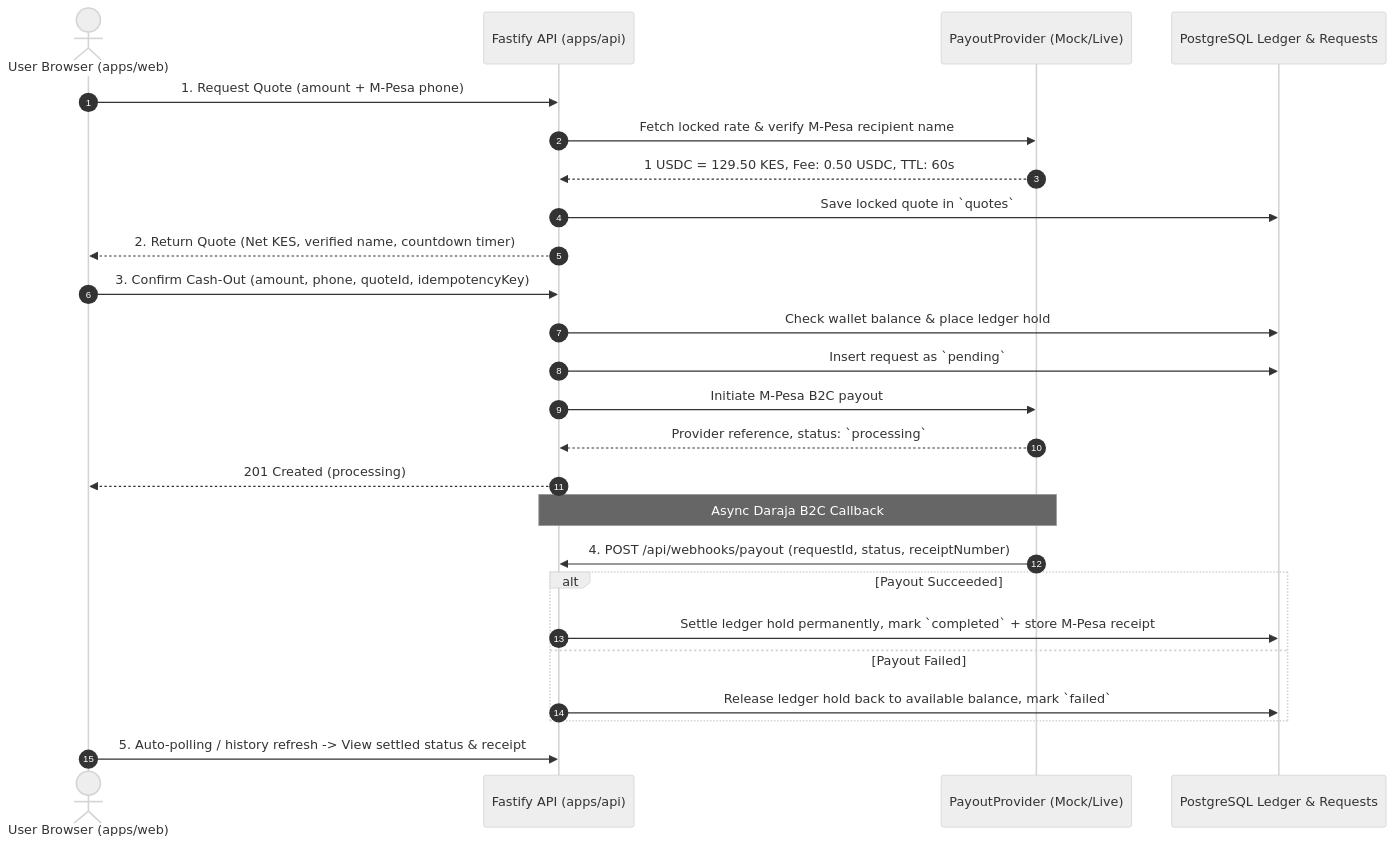
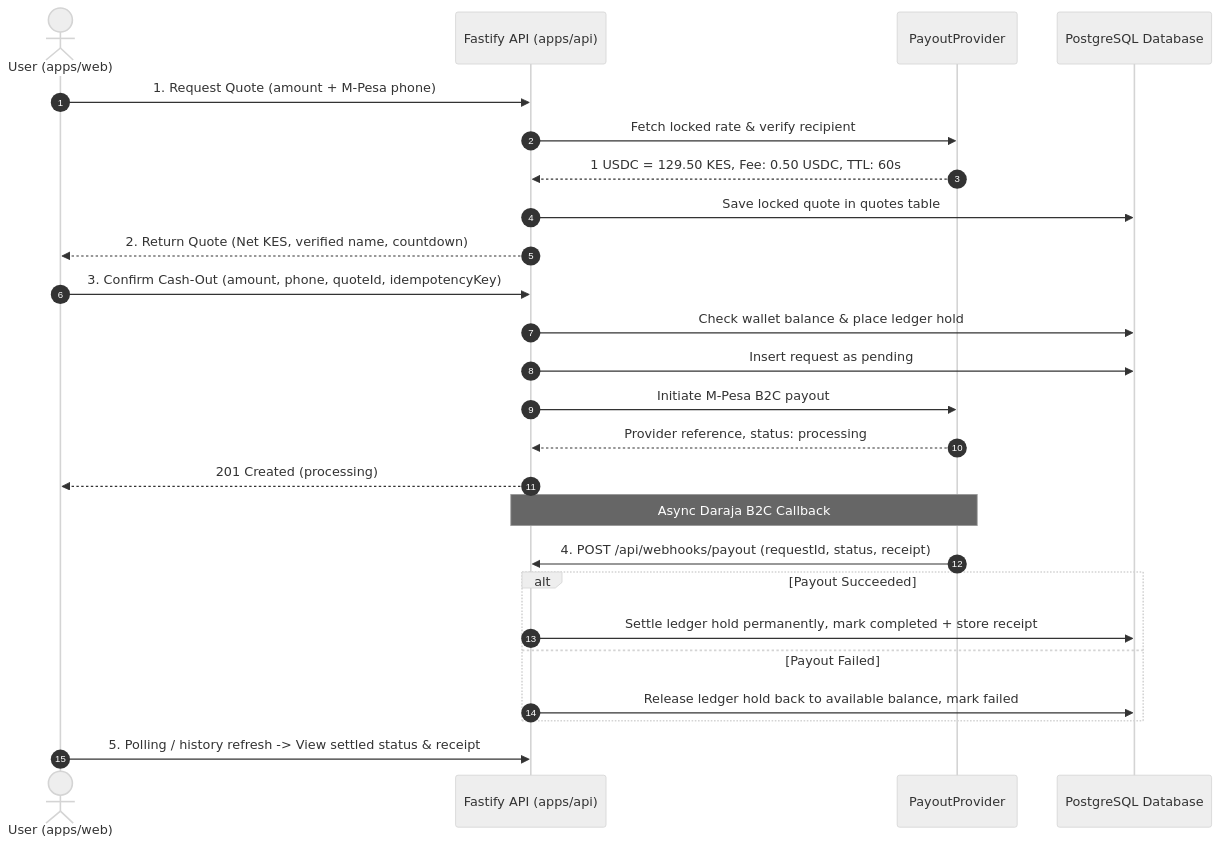
One commit to ephrathasamuel/Phudz changed the diagram in README.md. Above: the diagram before and after it, drawn with Mermaid (neutral theme).

Commit message:
docs: fix Mermaid sequence diagram syntax for GitHub renderer

````diff
--- a/README.md
+++ b/README.md
@@ -11,30 +11,30 @@
 ```mermaid
 sequenceDiagram
     autonumber
-    actor User as User Browser (apps/web)
+    actor User as User (apps/web)
     participant API as Fastify API (apps/api)
-    participant Provider as PayoutProvider (Mock/Live)
-    participant DB as PostgreSQL Ledger & Requests
+    participant Provider as PayoutProvider
+    participant DB as PostgreSQL Database
 
     User->>API: 1. Request Quote (amount + M-Pesa phone)
-    API->>Provider: Fetch locked rate & verify M-Pesa recipient name
+    API->>Provider: Fetch locked rate & verify recipient
     Provider-->>API: 1 USDC = 129.50 KES, Fee: 0.50 USDC, TTL: 60s
-    API->>DB: Save locked quote in `quotes`
-    API-->>User: 2. Return Quote (Net KES, verified name, countdown timer)
+    API->>DB: Save locked quote in quotes table
+    API-->>User: 2. Return Quote (Net KES, verified name, countdown)
 
     User->>API: 3. Confirm Cash-Out (amount, phone, quoteId, idempotencyKey)
     API->>DB: Check wallet balance & place ledger hold
-    API->>DB: Insert request as `pending`
+    API->>DB: Insert request as pending
     API->>Provider: Initiate M-Pesa B2C payout
-    Provider-->>API: Provider reference, status: `processing`
+    Provider-->>API: Provider reference, status: processing
     API-->>User: 201 Created (processing)
 
-    Note over Provider,API: Async Daraja B2C Callback
-    Provider->>API: 4. POST /api/webhooks/payout (requestId, status, receiptNumber)
+    Note over Provider, API: Async Daraja B2C Callback
+    Provider->>API: 4. POST /api/webhooks/payout (requestId, status, receipt)
     alt Payout Succeeded
-        API->>DB: Settle ledger hold permanently, mark `completed` + store M-Pesa receipt
+        API->>DB: Settle ledger hold permanently, mark completed + store receipt
     else Payout Failed
-        API->>DB: Release ledger hold back to available balance, mark `failed`
+        API->>DB: Release ledger hold back to available balance, mark failed
     end
-    User->>API: 5. Auto-polling / history refresh -> View settled status & receipt
+    User->>API: 5. Polling / history refresh -> View settled status & receipt
 ```
````
